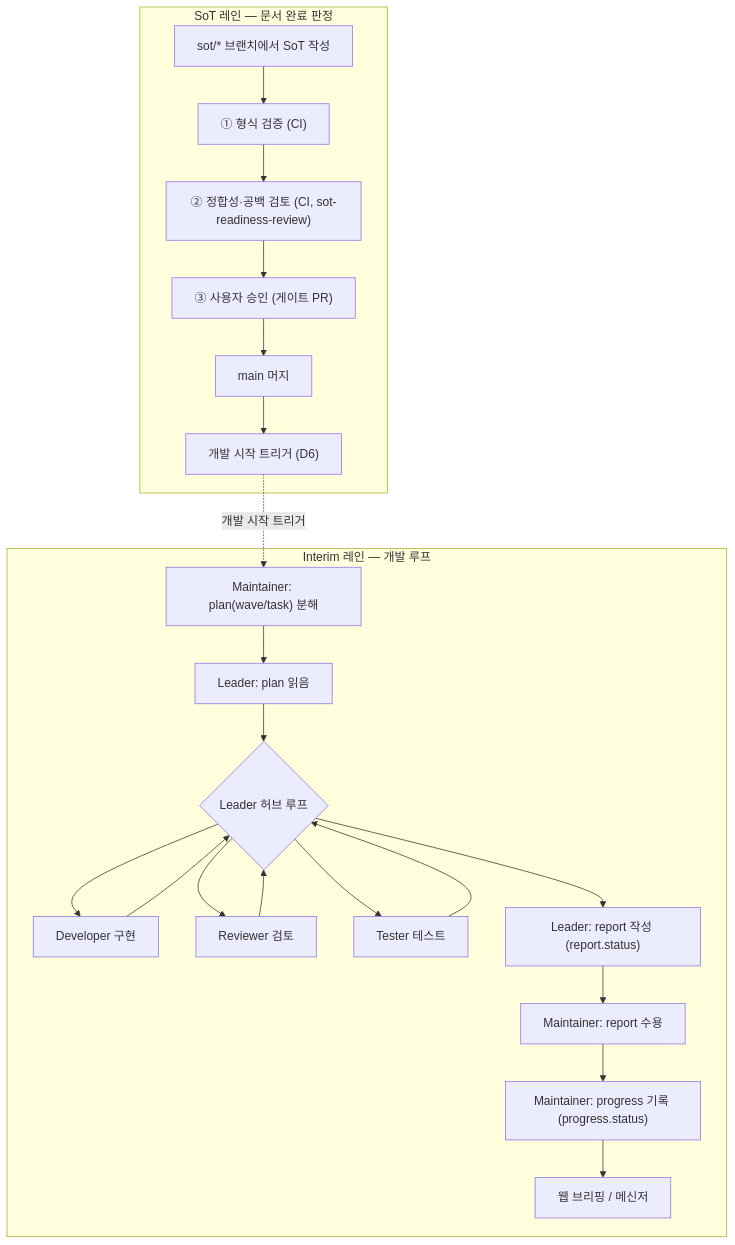
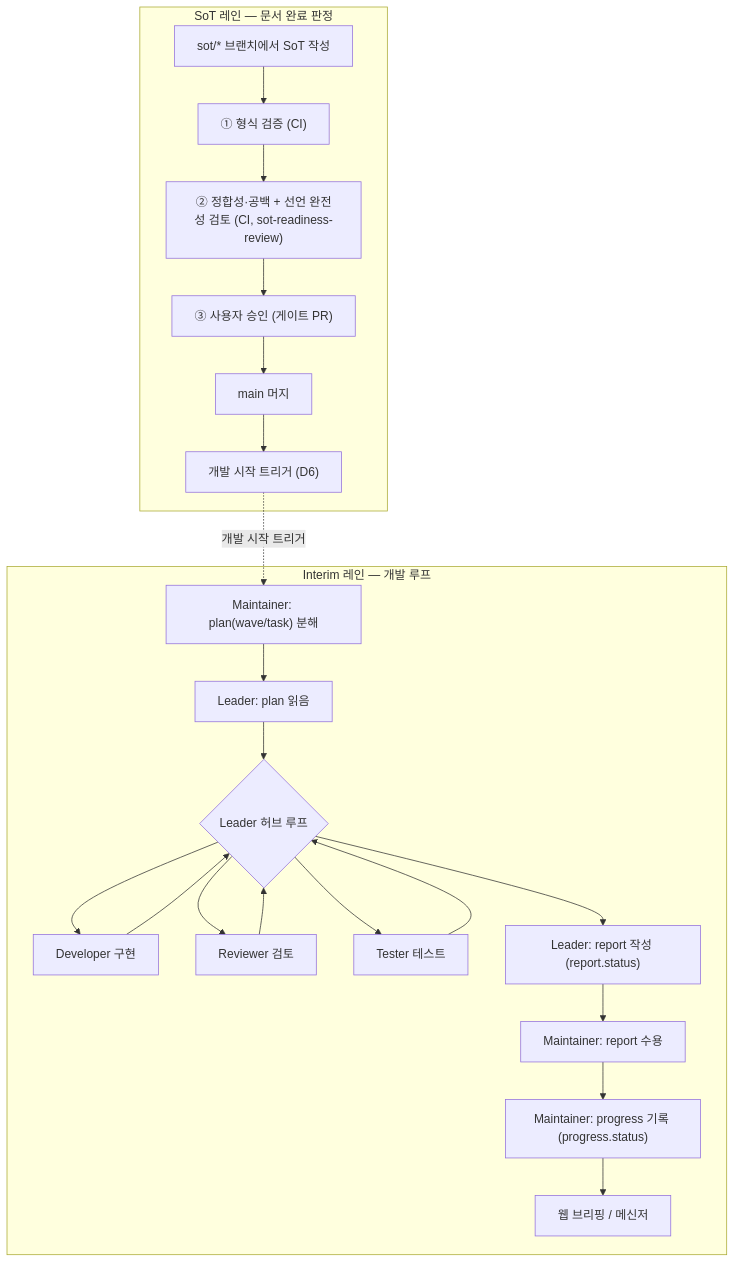
The diagram in docs/workflow.md (Harriet-KKim/AXDT), drawn with Mermaid before and after one commit. The commit also changed 3 other files, not shown here.

````diff
--- a/docs/workflow.md
+++ b/docs/workflow.md
@@ -16,24 +16,24 @@
 ```mermaid
 flowchart TD
     subgraph SOT["SoT 레인 — 문서 완료 판정"]
         A1["sot/* 브랜치에서 SoT 작성"] --> A2["① 형식 검증 (CI)"]
-        A2 --> A3["② 정합성·공백 검토 (CI, sot-readiness-review)"]
+        A2 --> A3["② 정합성·공백 + 선언 완전성 검토 (CI, sot-readiness-review)"]
         A3 --> A4["③ 사용자 승인 (게이트 PR)"]
         A4 --> A5["main 머지"]
         A5 --> A6["개발 시작 트리거 (D6)"]
     end
 
     subgraph INTERIM["Interim 레인 — 개발 루프"]
         B1["Maintainer: plan(wave/task) 분해"] --> B2["Leader: plan 읽음"]
         B2 --> B3{"Leader 허브 루프"}
         B3 --> B4["Developer 구현"] --> B3
         B3 --> B5["Reviewer 검토"] --> B3
         B3 --> B6["Tester 테스트"] --> B3
         B3 --> B7["Leader: report 작성 (report.status)"]
         B7 --> B8["Maintainer: report 수용"]
         B8 --> B9["Maintainer: progress 기록 (progress.status)"]
         B9 --> B10["웹 브리핑 / 메신저"]
     end
 
     A6 -.->|개발 시작 트리거| B1
 ```
````
